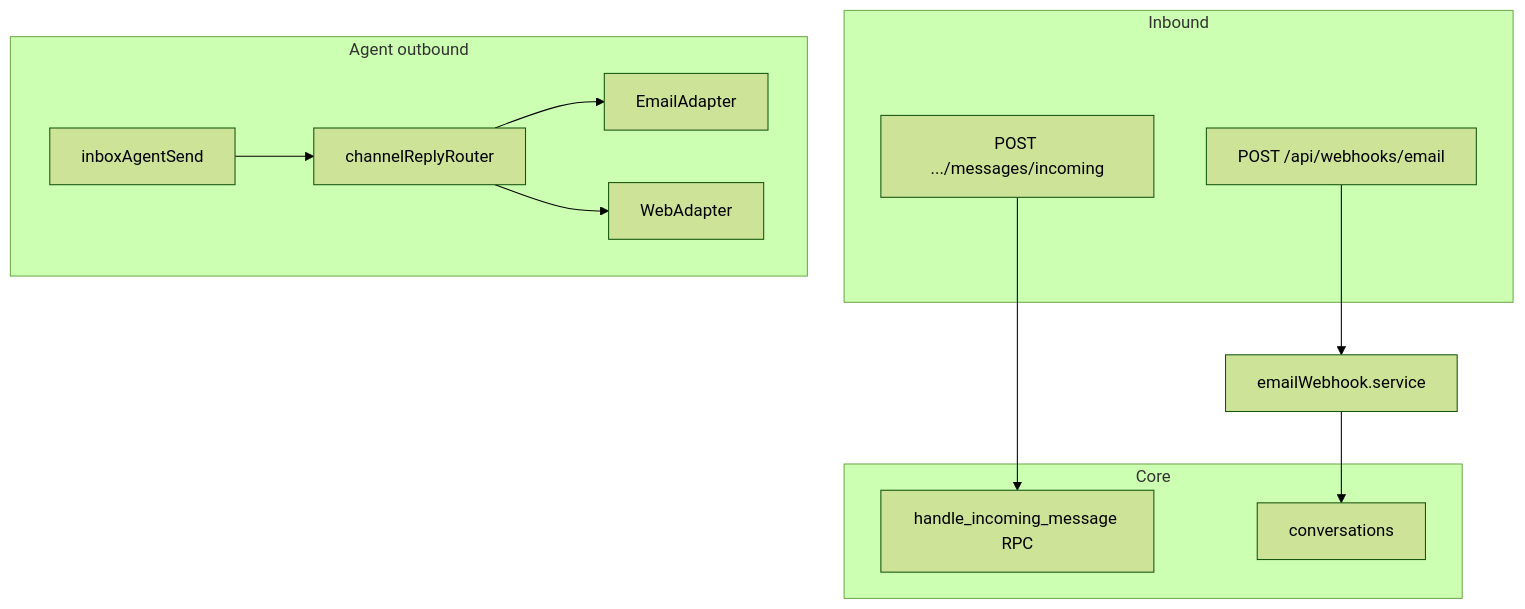
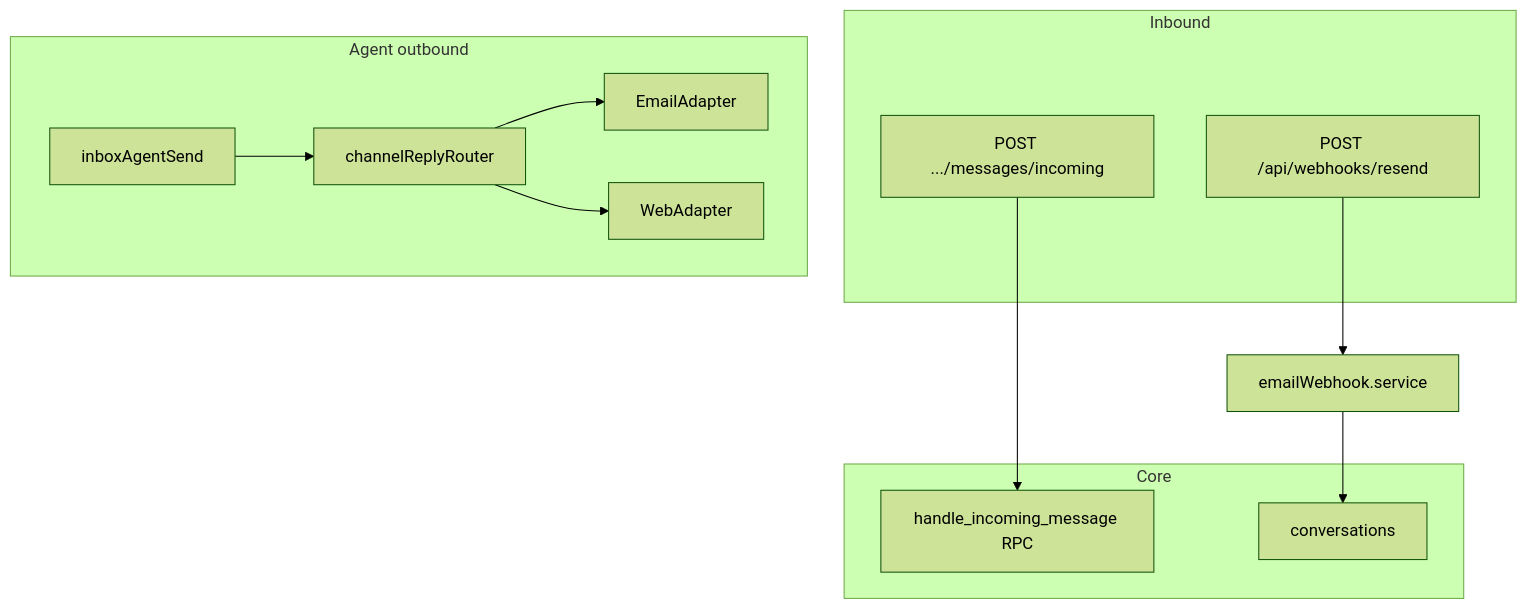
Before and after one commit to 108aryanmaurya/AI-Support-System: the diagram in docs/features/multi-channel.md, drawn with Mermaid (forest theme). The commit also changed other lines of this file and 90 other files, not shown here.

````diff
--- a/docs/features/multi-channel.md
+++ b/docs/features/multi-channel.md
@@ -18,22 +19,22 @@
 ```mermaid
 flowchart TB
   subgraph ingress [Inbound]
     WebPOST["POST .../messages/incoming"]
-    EmailWH["POST /api/webhooks/email"]
+    EmailWH["POST /api/webhooks/resend"]
   end
   subgraph core [Core]
     RPC[handle_incoming_message RPC]
     Conv[conversations]
   end
   subgraph egress [Agent outbound]
     Send[inboxAgentSend]
     Router[channelReplyRouter]
     EmailA[EmailAdapter]
     WebA[WebAdapter]
   end
   WebPOST --> RPC
   EmailWH --> emailWebhook.service --> Conv
   Send --> Router
   Router --> EmailA
   Router --> WebA
 ```
````
